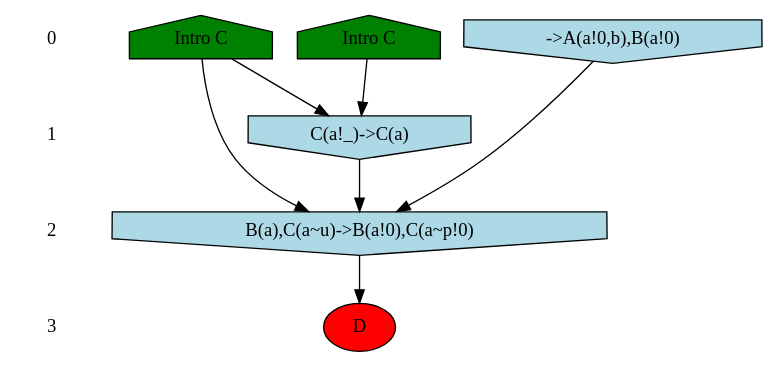
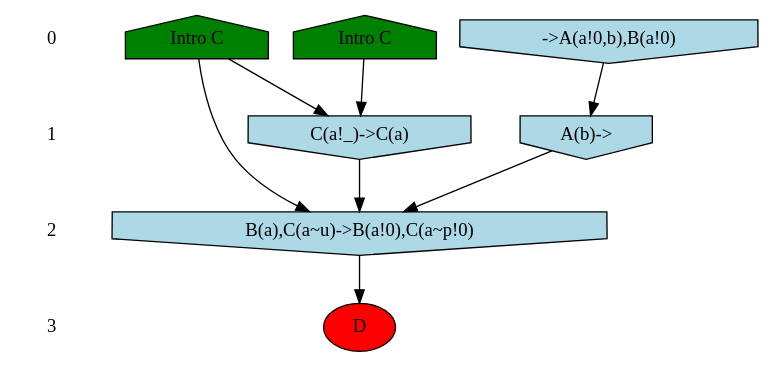
Before and after one commit to Kappa-Dev/KappaTools: the diagram in models/cflows/side-effects2/expected-output/cflow_0.dot, drawn with Graphviz. The commit also changed 12 other files, not shown here.

Commit message:
Bug Fix. Causal flow: the subsitution that is used to avoid agent id recyling was not applied to side-effects.

```diff
--- a/models/cflows/side-effects2/expected-output/cflow_0.dot
+++ b/models/cflows/side-effects2/expected-output/cflow_0.dot
@@ -1,27 +1,29 @@
 /* Compression of 1 causal flows obtained in average at 1.207496E+00 t.u */
 /* Compressed causal flows were: [1] */
 digraph G{
  ranksep=.5 ; 
 { rank = same ; "0" [shape=plaintext] ; node_1 [label ="Intro C", shape=house, style=filled, fillcolor=green] ;
 node_2 [label ="Intro C", shape=house, style=filled, fillcolor=green] ;
 node_4 [label="->A(a!0,b),B(a!0)", shape=invhouse, style=filled, fillcolor = lightblue] ;
 }
 { rank = same ; "1" [shape=plaintext] ; node_3 [label="C(a!_)->C(a)", shape=invhouse, style=filled, fillcolor = lightblue] ;
+node_5 [label="A(b)->", shape=invhouse, style=filled, fillcolor = lightblue] ;
 }
-{ rank = same ; "2" [shape=plaintext] ; node_5 [label="B(a),C(a~u)->B(a!0),C(a~p!0)", shape=invhouse, style=filled, fillcolor = lightblue] ;
+{ rank = same ; "2" [shape=plaintext] ; node_6 [label="B(a),C(a~u)->B(a!0),C(a~p!0)", shape=invhouse, style=filled, fillcolor = lightblue] ;
 }
-{ rank = same ; "3" [shape=plaintext] ; node_6 [label ="D", style=filled, fillcolor=red] ;
+{ rank = same ; "3" [shape=plaintext] ; node_7 [label ="D", style=filled, fillcolor=red] ;
 }
 "0" -> "1" [style="invis"]; 
 "1" -> "2" [style="invis"]; 
 "2" -> "3" [style="invis"]; 
 node_1 -> node_3
 node_2 -> node_3
-node_1 -> node_5
-node_3 -> node_5
 node_4 -> node_5
+node_1 -> node_6
+node_3 -> node_6
 node_5 -> node_6
+node_6 -> node_7
 }
 /*
  Dot generation time: 0.000000
 */
```
